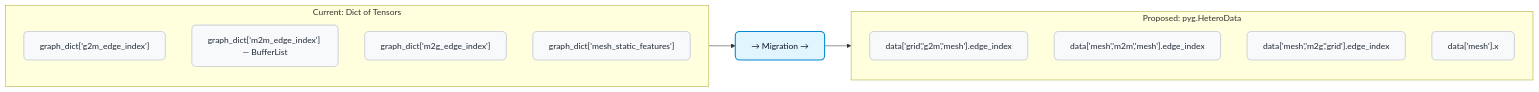
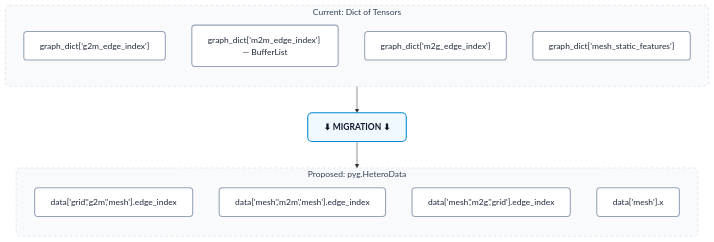
Before and after one commit to prajwal-tech07/Gsoc_test: the eighth of 11 diagrams in GSoC_Project_Created_By_Antigravity.md, drawn with Mermaid. The commit also changed other lines of this file, not shown here.

First line of the commit message:
Refactor mermaid diagrams and improve text clarity

````diff
--- a/GSoC_Project_Created_By_Antigravity.md
+++ b/GSoC_Project_Created_By_Antigravity.md
@@ -385,23 +458,32 @@
 ```mermaid
-flowchart LR
-    classDef default fill:#f8f9fa,stroke:#d1d5db,stroke-width:2px,rx:8px,color:#1f2937
-    classDef highlight fill:#e1f5fe,stroke:#0288d1,stroke-width:2px,rx:8px,color:#0f172a
+flowchart TB
+    %% Professional styling: Clean monochrome and subtle blues for readability
+    classDef default fill:#ffffff,stroke:#94a3b8,stroke-width:2px,rx:6px,color:#1e293b
+    classDef highlight fill:#f0f9ff,stroke:#0288d1,stroke-width:2px,rx:8px,color:#0f172a,font-weight:bold
 
-    subgraph OLD["Current: Dict of Tensors"]
+    subgraph OLD ["Current: Dict of Tensors"]
+        direction TB
         O1["graph_dict['g2m_edge_index']"]
         O2["graph_dict['m2m_edge_index'] — BufferList"]
         O3["graph_dict['m2g_edge_index']"]
         O4["graph_dict['mesh_static_features']"]
     end
 
-    ARROW["→ Migration →"]:::highlight
+    ARROW["⬇ MIGRATION ⬇"]:::highlight
 
-    subgraph NEW["Proposed: pyg.HeteroData"]
+    subgraph NEW ["Proposed: pyg.HeteroData"]
+        direction TB
         N1["data['grid','g2m','mesh'].edge_index"]
         N2["data['mesh','m2m','mesh'].edge_index"]
         N3["data['mesh','m2g','grid'].edge_index"]
         N4["data['mesh'].x"]
     end
 
-    OLD --> ARROW --> NEW
+    %% Flow connections forcing the 3-row stacked layout
+    OLD --> ARROW
+    ARROW --> NEW
+
+    %% Subgraph styling for a polished, contained look
+    style OLD fill:#f8fafc,stroke:#cbd5e1,stroke-dasharray: 5 5,color:#334155,rx:8px
+    style NEW fill:#f8fafc,stroke:#cbd5e1,stroke-dasharray: 5 5,color:#334155,rx:8px
 ```
````
